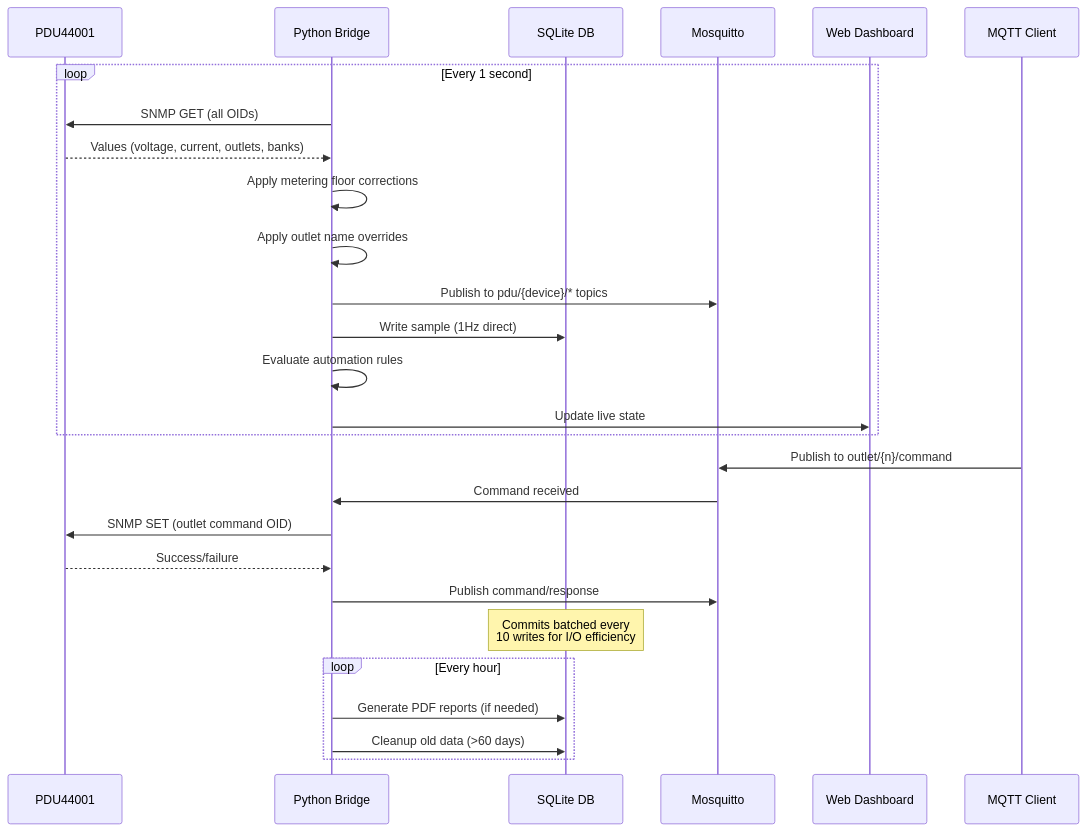
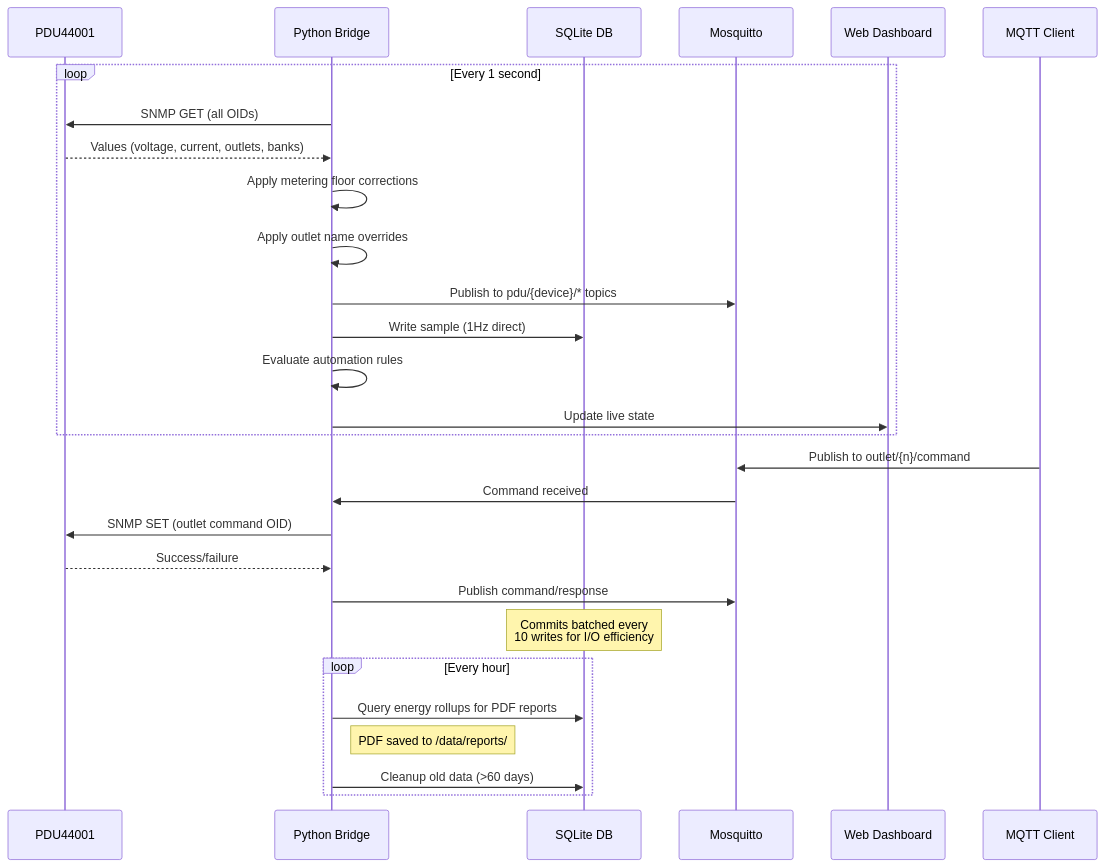
The second of 4 diagrams in docs/architecture.md (mvalancy/CyberPower-PDU), drawn with Mermaid before and after one commit. The commit also changed other lines of this file and 5 other files, not shown here.

````diff
--- a/docs/architecture.md
+++ b/docs/architecture.md
@@ -142,33 +142,34 @@
 ```mermaid
 sequenceDiagram
     participant PDU as PDU44001
     participant Bridge as Python Bridge
     participant SQLite as SQLite DB
     participant MQTT as Mosquitto
     participant Web as Web Dashboard
     participant Client as MQTT Client
 
     loop Every 1 second
         Bridge->>PDU: SNMP GET (all OIDs)
         PDU-->>Bridge: Values (voltage, current, outlets, banks)
         Bridge->>Bridge: Apply metering floor corrections
         Bridge->>Bridge: Apply outlet name overrides
         Bridge->>MQTT: Publish to pdu/{device}/* topics
         Bridge->>SQLite: Write sample (1Hz direct)
         Bridge->>Bridge: Evaluate automation rules
         Bridge->>Web: Update live state
     end
 
     Client->>MQTT: Publish to outlet/{n}/command
     MQTT->>Bridge: Command received
     Bridge->>PDU: SNMP SET (outlet command OID)
     PDU-->>Bridge: Success/failure
     Bridge->>MQTT: Publish command/response
 
     Note over SQLite: Commits batched every<br/>10 writes for I/O efficiency
 
     loop Every hour
-        Bridge->>SQLite: Generate PDF reports (if needed)
+        Bridge->>SQLite: Query energy rollups for PDF reports
+        Note right of Bridge: PDF saved to /data/reports/
         Bridge->>SQLite: Cleanup old data (>60 days)
     end
 ```
````
